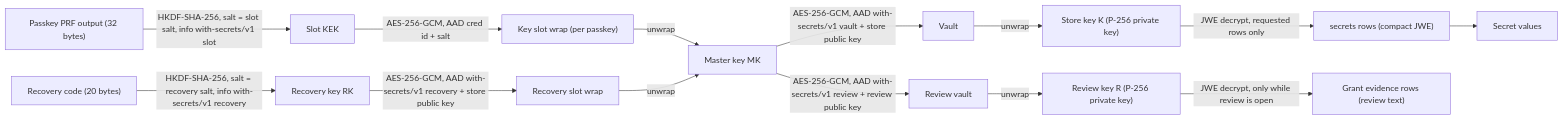
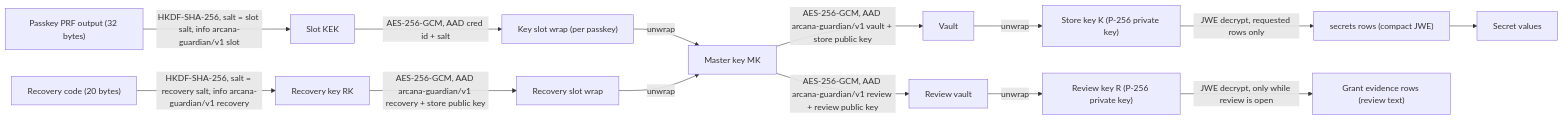
Before and after one commit to CodePenguin/with-secrets: the second of 8 diagrams in docs/architecture.md, drawn with Mermaid. The commit also changed other lines of this file and 709 other files, not shown here.

Commit message:
Rename project to Arcana Guardian (#18)

````diff
--- a/docs/architecture.md
+++ b/docs/architecture.md
@@ -102,31 +102,31 @@
 ```mermaid
 flowchart LR
     PRF["Passkey PRF output (32 bytes)"]
     KEK["Slot KEK"]
     Slot["Key slot wrap (per passkey)"]
     MK["Master key MK"]
     Vault["Vault"]
     K["Store key K (P-256 private key)"]
     Rows["secrets rows (compact JWE)"]
     Vals["Secret values"]
     Code["Recovery code (20 bytes)"]
     RK["Recovery key RK"]
     RSlot["Recovery slot wrap"]
     RVault["Review vault"]
     R["Review key R (P-256 private key)"]
     Evidence["Grant evidence rows (review text)"]
 
-    PRF -->|"HKDF-SHA-256, salt = slot salt, info with-secrets/v1 slot"| KEK
+    PRF -->|"HKDF-SHA-256, salt = slot salt, info arcana-guardian/v1 slot"| KEK
     KEK -->|"AES-256-GCM, AAD cred id + salt"| Slot
     Slot -->|"unwrap"| MK
-    Code -->|"HKDF-SHA-256, salt = recovery salt, info with-secrets/v1 recovery"| RK
-    RK -->|"AES-256-GCM, AAD with-secrets/v1 recovery + store public key"| RSlot
+    Code -->|"HKDF-SHA-256, salt = recovery salt, info arcana-guardian/v1 recovery"| RK
+    RK -->|"AES-256-GCM, AAD arcana-guardian/v1 recovery + store public key"| RSlot
     RSlot -->|"unwrap"| MK
-    MK -->|"AES-256-GCM, AAD with-secrets/v1 vault + store public key"| Vault
+    MK -->|"AES-256-GCM, AAD arcana-guardian/v1 vault + store public key"| Vault
     Vault -->|"unwrap"| K
     K -->|"JWE decrypt, requested rows only"| Rows
     Rows --> Vals
-    MK -->|"AES-256-GCM, AAD with-secrets/v1 review + review public key"| RVault
+    MK -->|"AES-256-GCM, AAD arcana-guardian/v1 review + review public key"| RVault
     RVault -->|"unwrap"| R
     R -->|"JWE decrypt, only while review is open"| Evidence
 ```
````
